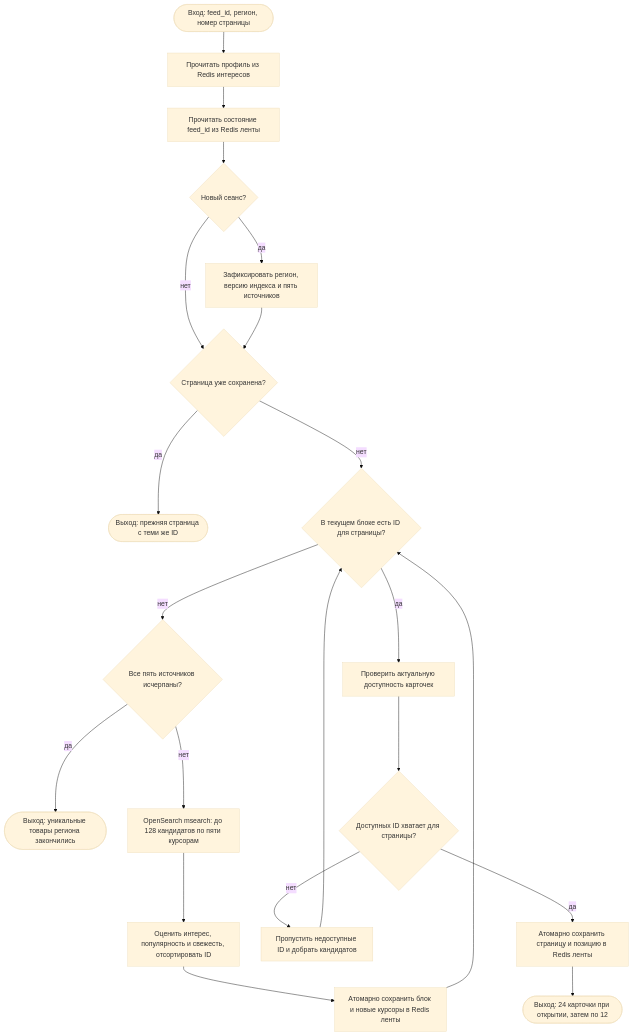
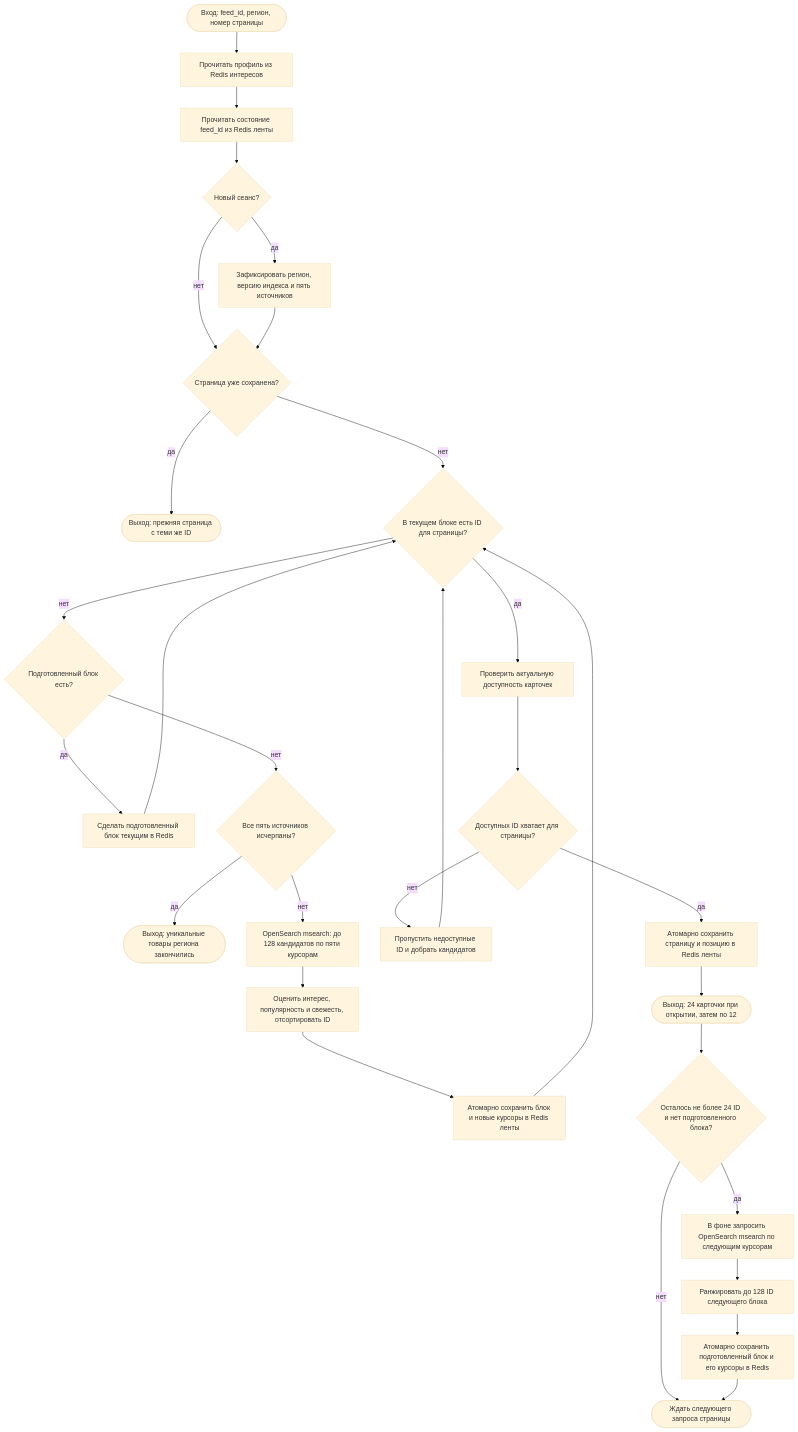
The seventh of 9 diagrams in README.md (amklimenkov752/tp_highload_2026), drawn with Mermaid (base theme) before and after one commit. The commit also changed other lines of this file, not shown here.

````diff
--- a/README.md
+++ b/README.md
@@ -1216,23 +1216,32 @@
 ```mermaid
 flowchart TD
     A([Вход: feed_id, регион, номер страницы]) --> B[Прочитать профиль из Redis интересов]
     B --> C[Прочитать состояние feed_id из Redis ленты]
     C --> S{Новый сеанс?}
     S -- да --> T[Зафиксировать регион, версию индекса и пять источников]
     S -- нет --> R{Страница уже сохранена?}
     T --> R
     R -- да --> P([Выход: прежняя страница с теми же ID])
     R -- нет --> V{В текущем блоке есть ID для страницы?}
-    V -- нет --> H{Все пять источников исчерпаны?}
+    V -- нет --> U{Подготовленный блок есть?}
+    U -- да --> SW[Сделать подготовленный блок текущим в Redis]
+    SW --> V
+    U -- нет --> H{Все пять источников исчерпаны?}
     H -- да --> I([Выход: уникальные товары региона закончились])
     H -- нет --> D[OpenSearch msearch: до 128 кандидатов по пяти курсорам]
     D --> Q[Оценить интерес, популярность и свежесть, отсортировать ID]
     Q --> E[Атомарно сохранить блок и новые курсоры в Redis ленты]
     E --> V
     V -- да --> X[Проверить актуальную доступность карточек]
     X --> Y{Доступных ID хватает для страницы?}
     Y -- нет --> Z[Пропустить недоступные ID и добрать кандидатов]
     Z --> V
     Y -- да --> F[Атомарно сохранить страницу и позицию в Redis ленты]
     F --> O([Выход: 24 карточки при открытии, затем по 12])
+    O --> PF{Осталось не более 24 ID и нет подготовленного блока?}
+    PF -- да --> PD[В фоне запросить OpenSearch msearch по следующим курсорам]
+    PD --> PQ[Ранжировать до 128 ID следующего блока]
+    PQ --> PE[Атомарно сохранить подготовленный блок и его курсоры в Redis]
+    PF -- нет --> END([Ждать следующего запроса страницы])
+    PE --> END
 ```
````
